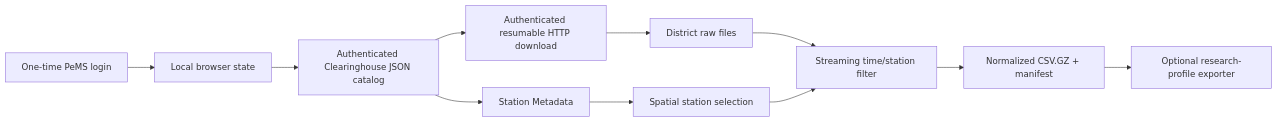
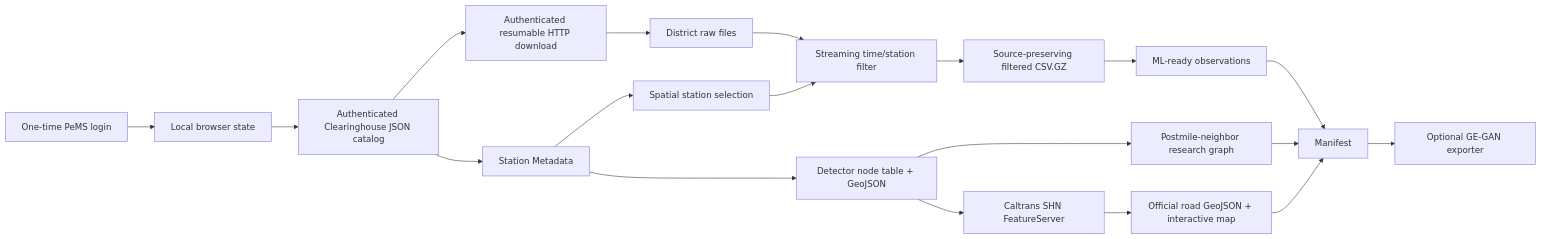
Before and after one commit to wcc961129/pems-data-downloader: the diagram in docs/architecture.md, drawn with Mermaid. The commit also changed other lines of this file and 34 other files, not shown here.

Commit message:
feat: add research-ready traffic and road network outputs

````diff
--- a/docs/architecture.md
+++ b/docs/architecture.md
@@ -5,13 +5,21 @@
 ```mermaid
 flowchart LR
     A["One-time PeMS login"] --> B["Local browser state"]
     B --> C["Authenticated Clearinghouse JSON catalog"]
     C --> D["Authenticated resumable HTTP download"]
     D --> E["District raw files"]
     C --> F["Station Metadata"]
     F --> G["Spatial station selection"]
     E --> H["Streaming time/station filter"]
     G --> H
-    H --> I["Normalized CSV.GZ + manifest"]
-    I --> J["Optional research-profile exporter"]
+    H --> I["Source-preserving filtered CSV.GZ"]
+    F --> J["Detector node table + GeoJSON"]
+    I --> K["ML-ready observations"]
+    J --> L["Postmile-neighbor research graph"]
+    J --> M["Caltrans SHN FeatureServer"]
+    M --> N["Official road GeoJSON + interactive map"]
+    K --> O["Manifest"]
+    L --> O
+    N --> O
+    O --> P["Optional GE-GAN exporter"]
 ```
````
